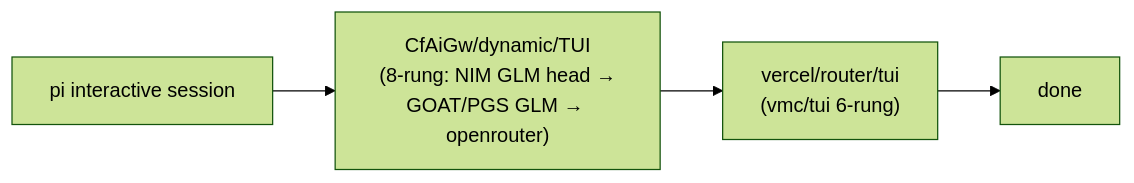
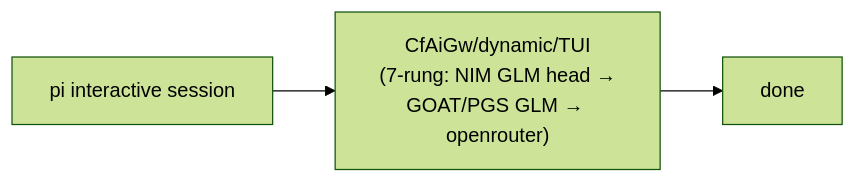
One commit to phillias/dotfiles changed the third of 3 diagrams in dot_agents/skills/provider-catalog/references/d1/NO_MISTAKES_MODELS.md. Above: the diagram before and after it, drawn with Mermaid (forest theme). The commit also changed 2 other files, not shown here.

Commit message:
Drop stale Vercel-rung references from routing docs

````diff
--- a/dot_agents/skills/provider-catalog/references/d1/NO_MISTAKES_MODELS.md
+++ b/dot_agents/skills/provider-catalog/references/d1/NO_MISTAKES_MODELS.md
@@ -47,4 +47,4 @@
 ```mermaid
 flowchart LR
-    ses["pi interactive session"] --> d1["CfAiGw/dynamic/TUI<br/>(8-rung: NIM GLM head →<br/>GOAT/PGS GLM → openrouter)"] --> d2["vercel/router/tui<br/>(vmc/tui 6-rung)"] --> done[done]
+    ses["pi interactive session"] --> d1["CfAiGw/dynamic/TUI<br/>(7-rung: NIM GLM head →<br/>GOAT/PGS GLM → openrouter)"] --> done[done]
 ```
````
